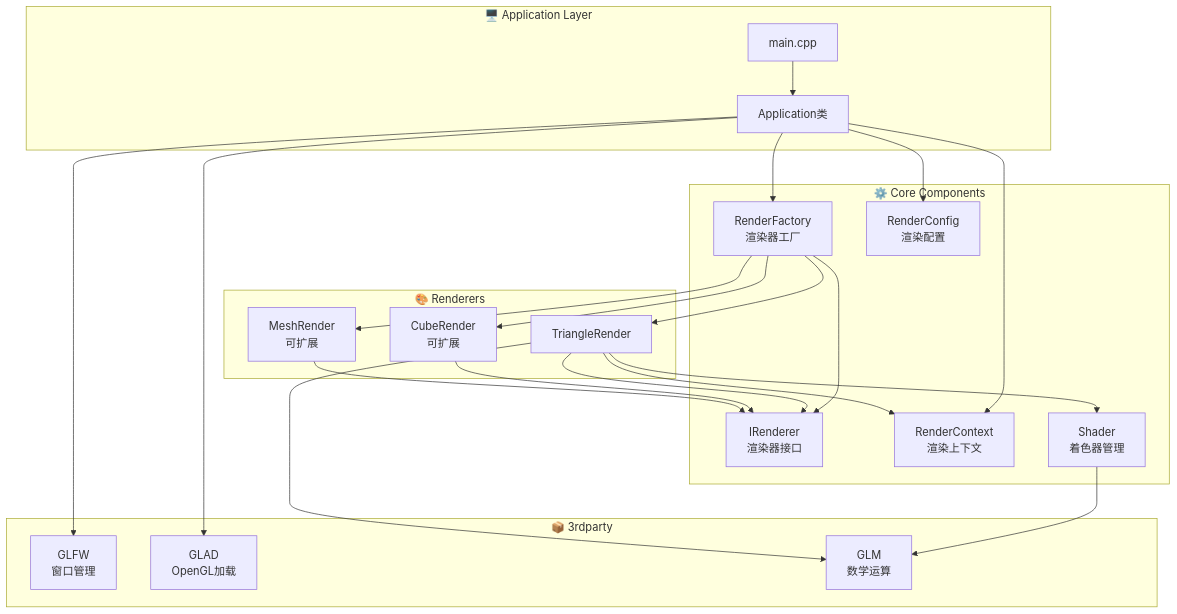
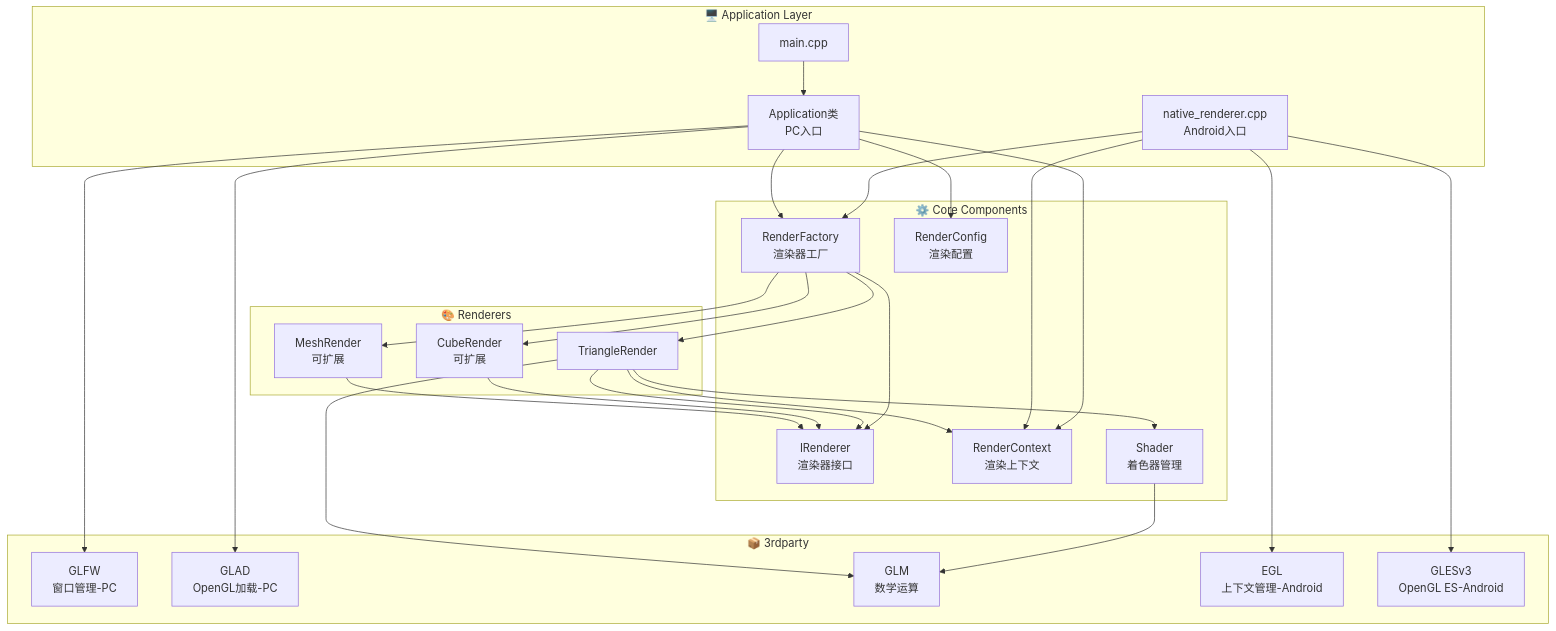
The third of 14 diagrams in docs/PROJECT_STRUCTURE.md (banned104/OpenGL_Framework), drawn with Mermaid before and after one commit. The commit also changed other lines of this file and 1 other file, not shown here.

Commit message:
修改native_renderer.cpp 和 修改项目结构文档.md

````diff
--- a/docs/PROJECT_STRUCTURE.md
+++ b/docs/PROJECT_STRUCTURE.md
@@ -32,45 +122,52 @@
 ```mermaid
 graph TB
     subgraph Application["🖥️ Application Layer"]
-        APP[Application类]
+        APP[Application类<br/>PC入口]
+        JNI[native_renderer.cpp<br/>Android入口]
         MAIN[main.cpp]
     end
     
     subgraph Core["⚙️ Core Components"]
         IR[IRenderer<br/>渲染器接口]
         RF[RenderFactory<br/>渲染器工厂]
         RC[RenderConfig<br/>渲染配置]
         RX[RenderContext<br/>渲染上下文]
         SH[Shader<br/>着色器管理]
     end
     
     subgraph Renderers["🎨 Renderers"]
         TR[TriangleRender]
         CR[CubeRender<br/>可扩展]
         MR[MeshRender<br/>可扩展]
     end
     
     subgraph External["📦 3rdparty"]
-        GLFW[GLFW<br/>窗口管理]
-        GLAD[GLAD<br/>OpenGL加载]
+        GLFW[GLFW<br/>窗口管理-PC]
+        GLAD[GLAD<br/>OpenGL加载-PC]
         GLM[GLM<br/>数学运算]
+        EGL[EGL<br/>上下文管理-Android]
+        GLES[GLESv3<br/>OpenGL ES-Android]
     end
     
     MAIN --> APP
+    JNI --> RF
     APP --> RF
     APP --> RC
     RF --> IR
     RF --> TR
     RF --> CR
     RF --> MR
     TR --> SH
     TR --> IR
     CR --> IR
     MR --> IR
     APP --> RX
+    JNI --> RX
     TR --> RX
     APP --> GLFW
     APP --> GLAD
+    JNI --> EGL
+    JNI --> GLES
     SH --> GLM
     TR --> GLM
 ```
````
